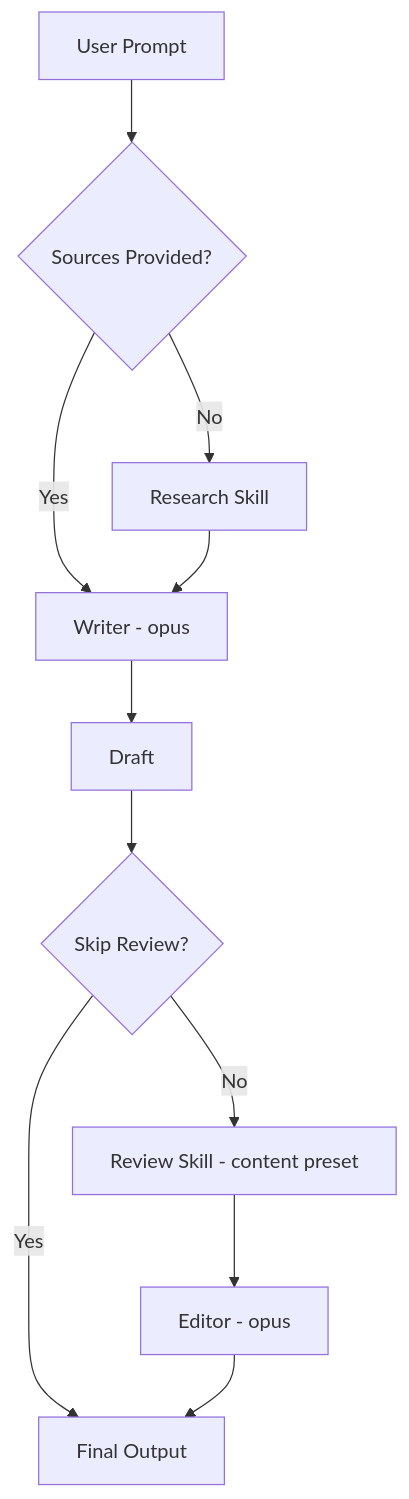
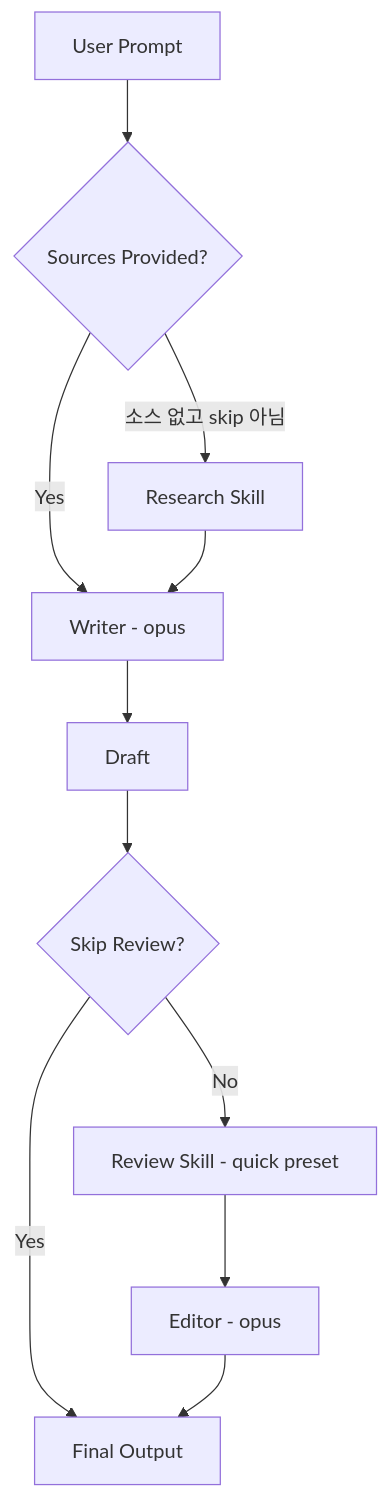
One commit to unclejobs-ai/second-claude-code changed the diagram in docs/skills/write.ko.md. Above: the diagram before and after it, drawn with Mermaid. The commit also changed other lines of this file and 26 other files, not shown here.

````diff
--- a/docs/skills/write.ko.md
+++ b/docs/skills/write.ko.md
@@ -80,13 +80,13 @@
 ```mermaid
 graph TD
     A[User Prompt] --> B{Sources Provided?}
-    B -->|No| C[Research Skill]
+    B -->|소스 없고 skip 아님| C[Research Skill]
     B -->|Yes| D[Writer - opus]
     C --> D
     D --> E[Draft]
     E --> F{Skip Review?}
-    F -->|No| G[Review Skill - content preset]
+    F -->|No| G[Review Skill - quick preset]
     F -->|Yes| I[Final Output]
     G --> H[Editor - opus]
     H --> I
 ```
````
